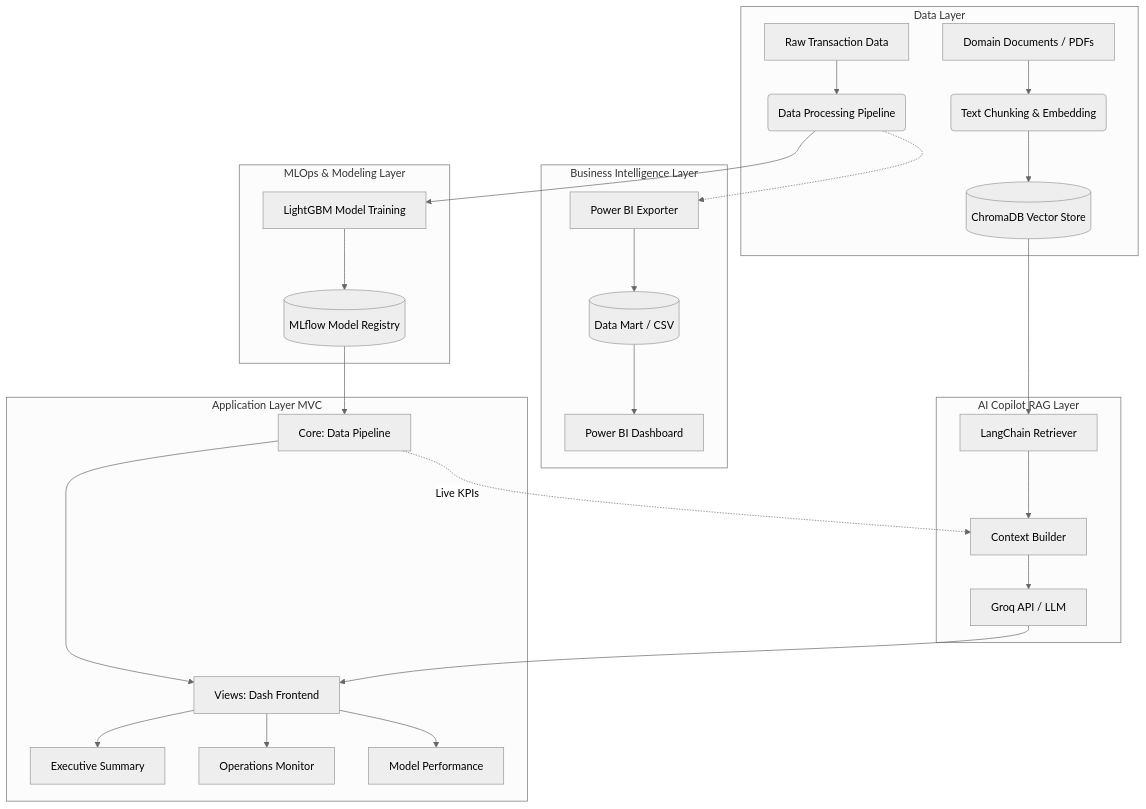
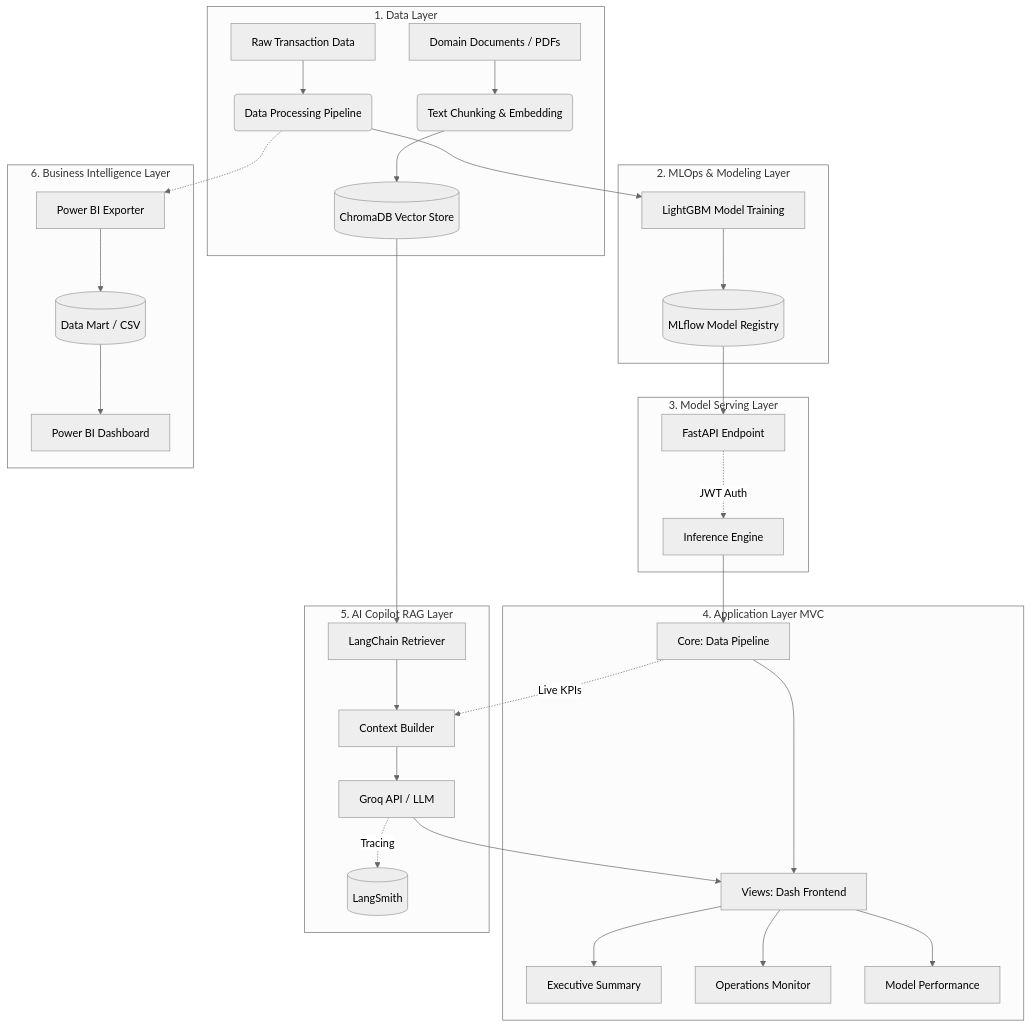
Before and after one commit to RazerArdi/credit-card-fraud-ml: the diagram in docs/SYSTEM_ARCHITECTURE.md, drawn with Mermaid (neutral theme). The commit also changed other lines of this file and 9 other files, not shown here.

First line of the commit message:
feat: Implement JWT authentication for the Risk API and enhance security measures

````diff
--- a/docs/SYSTEM_ARCHITECTURE.md
+++ b/docs/SYSTEM_ARCHITECTURE.md
@@ -11,36 +28,41 @@
 ```mermaid
 flowchart TD
-    subgraph Data Layer
+    subgraph DATA["1. Data Layer"]
         A[Raw Transaction Data] --> B(Data Processing Pipeline)
         C[Domain Documents / PDFs] --> D(Text Chunking & Embedding)
         D --> E[(ChromaDB Vector Store)]
     end
 
-    subgraph MLOps & Modeling Layer
+    subgraph MLOPS["2. MLOps & Modeling Layer"]
         B --> F[LightGBM Model Training]
         F --> G[(MLflow Model Registry)]
     end
 
-    subgraph Business Intelligence Layer
-        B -.-> P[Power BI Exporter]
-        P --> Q[(Data Mart / CSV)]
-        Q --> R[Power BI Dashboard]
+    subgraph SERVING["3. Model Serving Layer"]
+        G --> S[FastAPI Endpoint]
+        S -. JWT Auth .-> T[Inference Engine]
     end
 
-    subgraph Application Layer MVC
-        G --> H[Core: Data Pipeline]
+    subgraph APP["4. Application Layer MVC"]
+        T --> H[Core: Data Pipeline]
         H --> I[Views: Dash Frontend]
         I --> J[Executive Summary]
         I --> K[Operations Monitor]
         I --> L[Model Performance]
     end
 
-    subgraph AI Copilot RAG Layer
+    subgraph RAG["5. AI Copilot RAG Layer"]
         E --> M[LangChain Retriever]
         H -. Live KPIs .-> N[Context Builder]
         M --> N
         N --> O[Groq API / LLM]
         O --> I
+        O -. Tracing .-> U[(LangSmith)]
     end
 
+    subgraph BI["6. Business Intelligence Layer"]
+        B -.-> P[Power BI Exporter]
+        P --> Q[(Data Mart / CSV)]
+        Q --> R[Power BI Dashboard]
+    end
 ```
````
